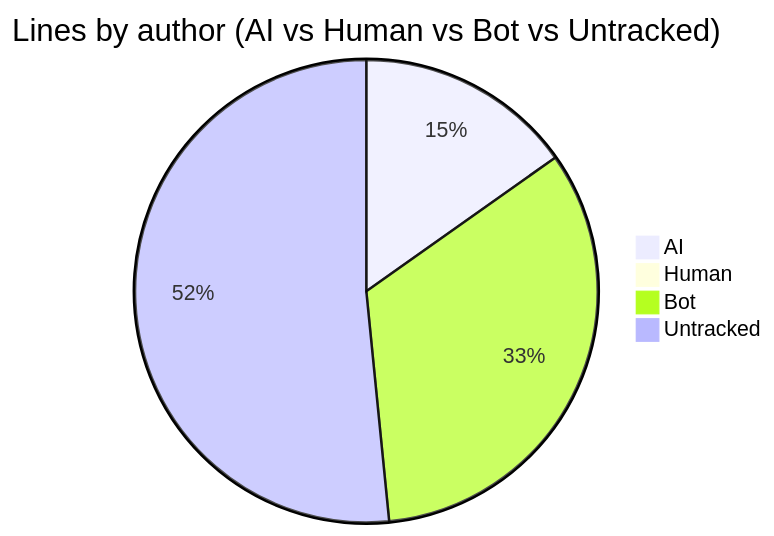
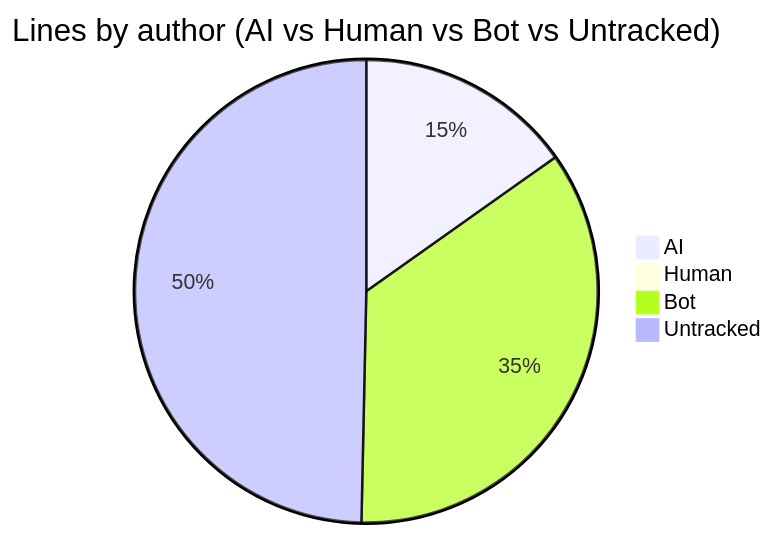
Before and after one commit to CaliMark/game-of-life: the first of 2 diagrams in AI-AUTHORSHIP.md, drawn with Mermaid. The commit also changed other lines of this file and 1 other file, not shown here.

````diff
--- a/AI-AUTHORSHIP.md
+++ b/AI-AUTHORSHIP.md
@@ -20,7 +20,7 @@
 ```mermaid
 pie title Lines by author (AI vs Human vs Bot vs Untracked)
-    "AI" : 896
+    "AI" : 930
     "Human" : 1
-    "Bot" : 1958
+    "Bot" : 2151
     "Untracked" : 3040
 ```
````
